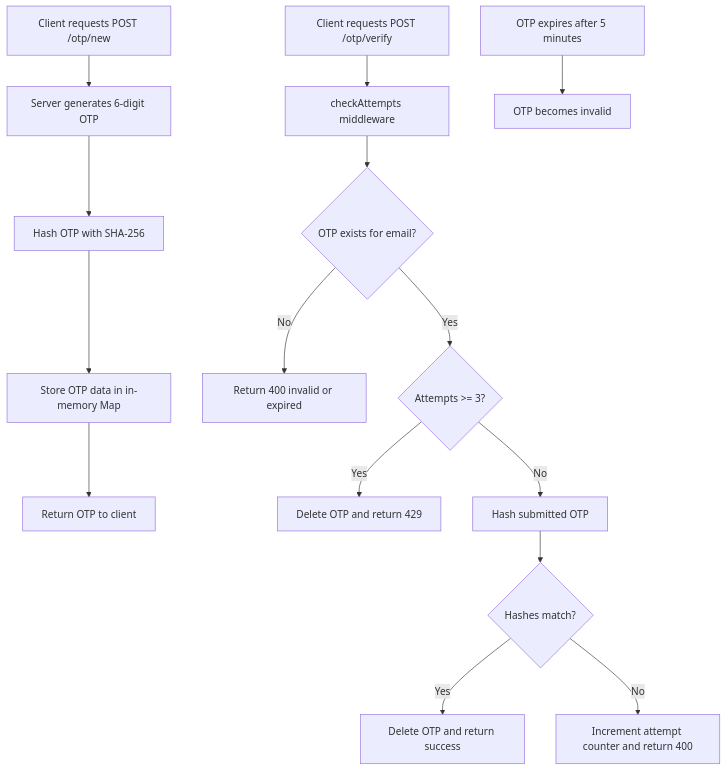
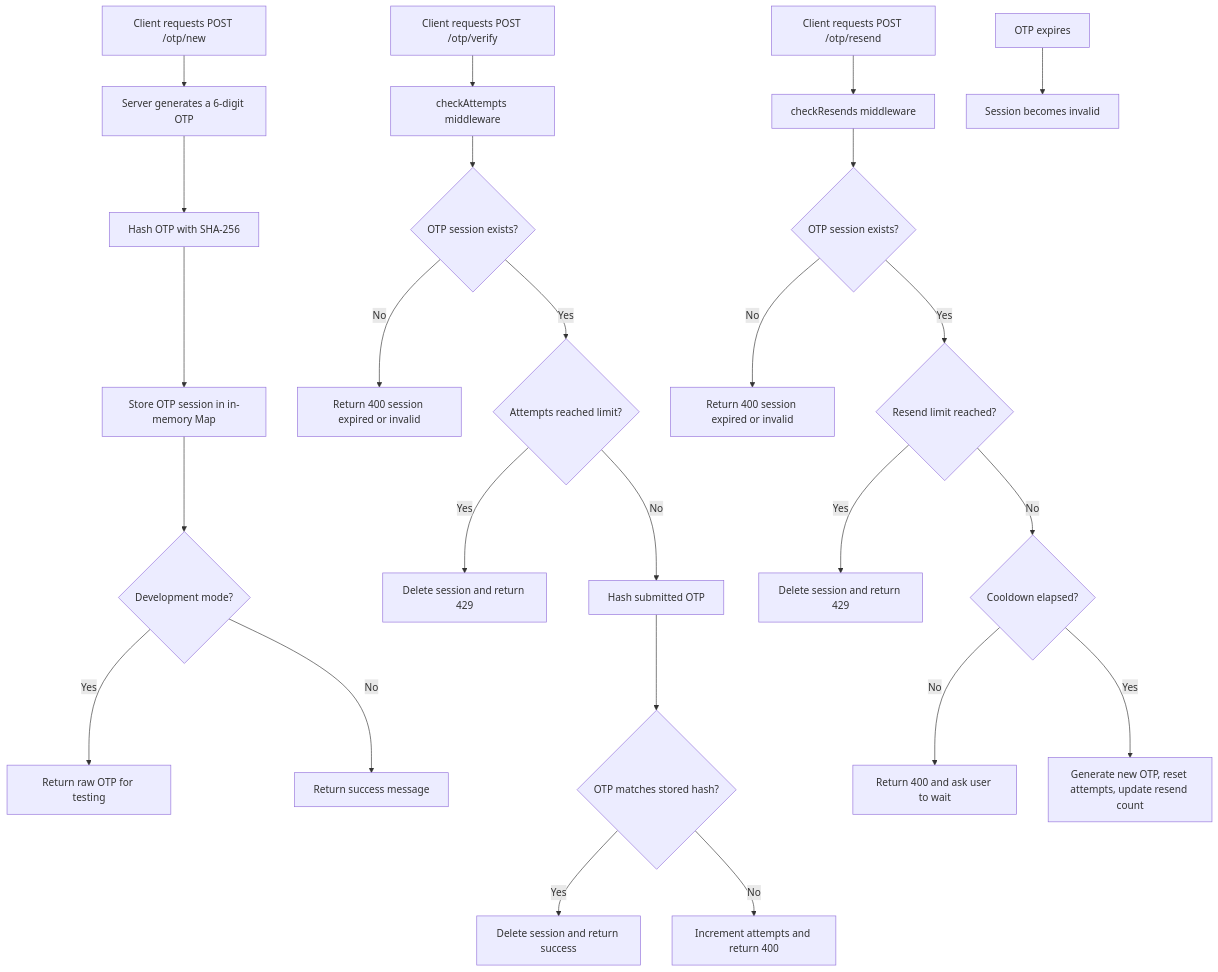
Before and after one commit to yashdeepsingh2006/OTP-Authentication: the diagram in README.md, drawn with Mermaid. The commit also changed other lines of this file and 8 other files, not shown here.

Commit message:
added resend otp functionality

````diff
--- a/README.md
+++ b/README.md
@@ -134,19 +50,30 @@
 ```mermaid
 flowchart TD
-    A[Client requests POST /otp/new] --> B[Server generates 6-digit OTP]
+    A[Client requests POST /otp/new] --> B[Server generates a 6-digit OTP]
     B --> C[Hash OTP with SHA-256]
-    C --> D[Store OTP data in in-memory Map]
-    D --> E[Return OTP to client]
+    C --> D[Store OTP session in in-memory Map]
+    D --> E{Development mode?}
+    E -- Yes --> F[Return raw OTP for testing]
+    E -- No --> G[Return success message]
 
-    F[Client requests POST /otp/verify] --> G[checkAttempts middleware]
-    G --> H{OTP exists for email?}
-    H -- No --> I[Return 400 invalid or expired]
-    H -- Yes --> J{Attempts >= 3?}
-    J -- Yes --> K[Delete OTP and return 429]
-    J -- No --> L[Hash submitted OTP]
-    L --> M{Hashes match?}
-    M -- Yes --> N[Delete OTP and return success]
-    M -- No --> O[Increment attempt counter and return 400]
+    H[Client requests POST /otp/verify] --> I[checkAttempts middleware]
+    I --> J{OTP session exists?}
+    J -- No --> K[Return 400 session expired or invalid]
+    J -- Yes --> L{Attempts reached limit?}
+    L -- Yes --> M[Delete session and return 429]
+    L -- No --> N[Hash submitted OTP]
+    N --> O{OTP matches stored hash?}
+    O -- Yes --> P[Delete session and return success]
+    O -- No --> Q[Increment attempts and return 400]
 
-    P[OTP expires after 5 minutes] --> Q[OTP becomes invalid]
+    R[Client requests POST /otp/resend] --> S[checkResends middleware]
+    S --> T{OTP session exists?}
+    T -- No --> U[Return 400 session expired or invalid]
+    T -- Yes --> V{Resend limit reached?}
+    V -- Yes --> W[Delete session and return 429]
+    V -- No --> X{Cooldown elapsed?}
+    X -- No --> Y[Return 400 and ask user to wait]
+    X -- Yes --> Z[Generate new OTP, reset attempts, update resend count]
+
+    AA[OTP expires] --> AB[Session becomes invalid]
 ```
````
